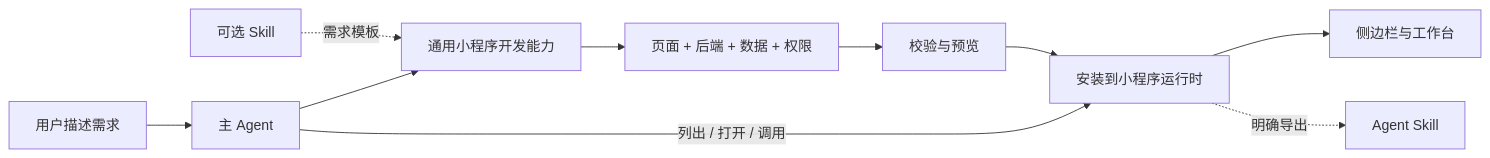
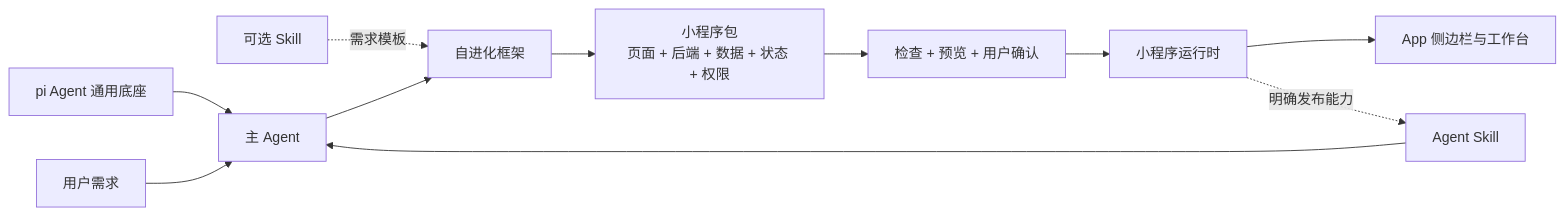
Before and after one commit to vibeinging/pi-desktop: the diagram in README.md, drawn with Mermaid. The commit also changed other lines of this file and 1 other file, not shown here.

````diff
--- a/README.md
+++ b/README.md
@@ -54,12 +73,13 @@
 ```mermaid
 flowchart LR
-    USER["用户描述需求"] --> AGENT["主 Agent"]
-    SKILL["可选 Skill"] -. "需求模板" .-> BUILDER["通用小程序开发能力"]
-    AGENT --> BUILDER
-    BUILDER --> PACKAGE["页面 + 后端 + 数据 + 权限"]
-    PACKAGE --> CHECK["校验与预览"]
-    CHECK --> RUNTIME["安装到小程序运行时"]
-    RUNTIME --> WORKBENCH["侧边栏与工作台"]
-    AGENT -->|"列出 / 打开 / 调用"| RUNTIME
-    RUNTIME -. "明确导出" .-> EXPORTED["Agent Skill"]
+    FOUNDATION["pi Agent 通用底座"] --> AGENT["主 Agent"]
+    USER["用户需求"] --> AGENT
+    SKILL["可选 Skill"] -. "需求模板" .-> EVOLUTION["自进化框架"]
+    AGENT --> EVOLUTION
+    EVOLUTION --> PACKAGE["小程序包\n页面 + 后端 + 数据 + 状态 + 权限"]
+    PACKAGE --> CHECK["检查 + 预览 + 用户确认"]
+    CHECK --> RUNTIME["小程序运行时"]
+    RUNTIME --> APP["App 侧边栏与工作台"]
+    RUNTIME -. "明确发布能力" .-> EXPORTED["Agent Skill"]
+    EXPORTED --> AGENT
 ```
````
